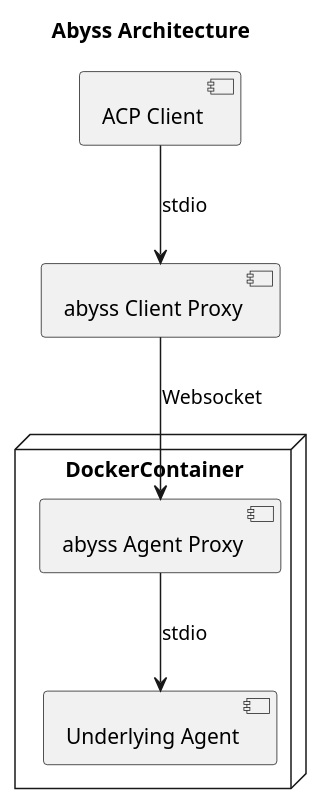
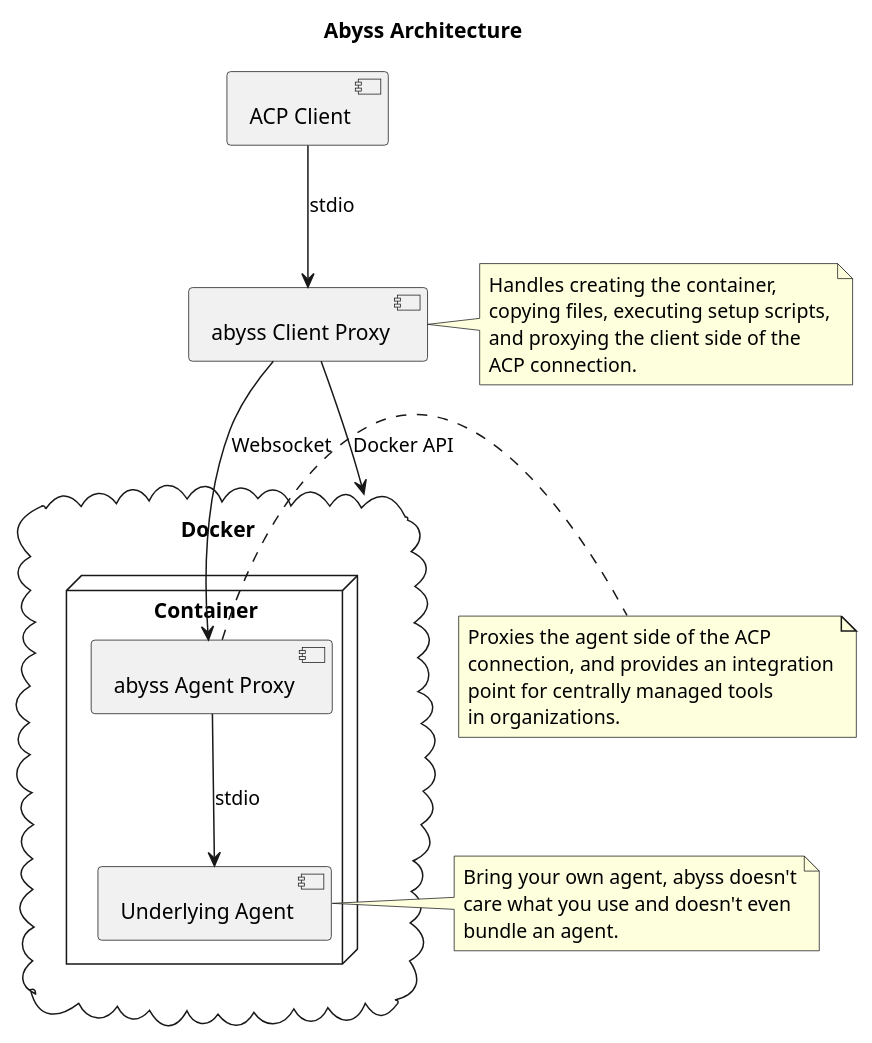
Before and after one commit to SethCurry/abyss: the diagram in site/content/docs/guides/architecture.puml, drawn with PlantUML. The commit also changed 17 other files, not shown here.

```diff
--- a/site/content/docs/guides/architecture.puml
+++ b/site/content/docs/guides/architecture.puml
@@ -1,14 +1,37 @@
 @startuml
 
 title Abyss Architecture
 
-node DockerContainer {
+cloud Docker {
+  node Container {
     [Underlying Agent]
     [abyss Agent Proxy]
+  }
 }
 
 [ACP Client] --> [abyss Client Proxy] : stdio
 [abyss Client Proxy] --> [abyss Agent Proxy] : Websocket
+[abyss Client Proxy] --> [Docker] : Docker API
 [abyss Agent Proxy] --> [Underlying Agent] : stdio
 
+note right of "abyss Client Proxy"
+  Handles creating the container,
+  copying files, executing setup scripts,
+  and proxying the client side of the
+  ACP connection.
+endnote
+
+note right of "abyss Agent Proxy"
+  Proxies the agent side of the ACP
+  connection, and provides an integration
+  point for centrally managed tools
+  in organizations.
+endnote
+
+note right of "Underlying Agent"
+  Bring your own agent, abyss doesn't
+  care what you use and doesn't even
+  bundle an agent.
+endnote
+
 @enduml
```
